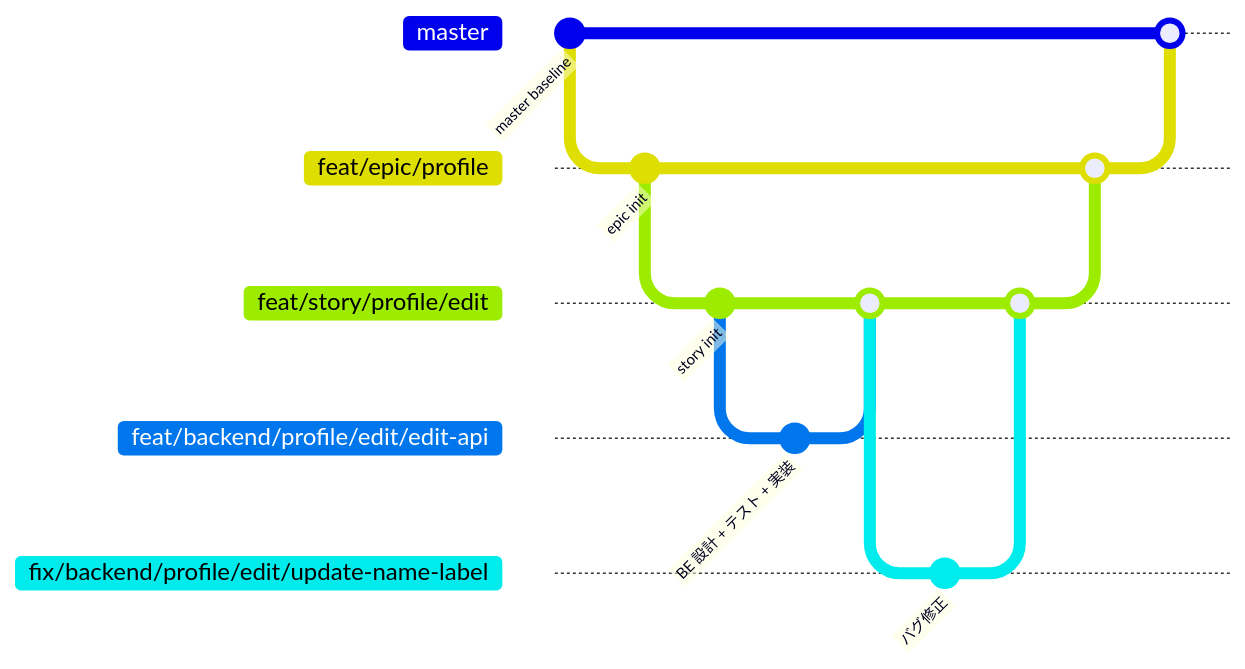
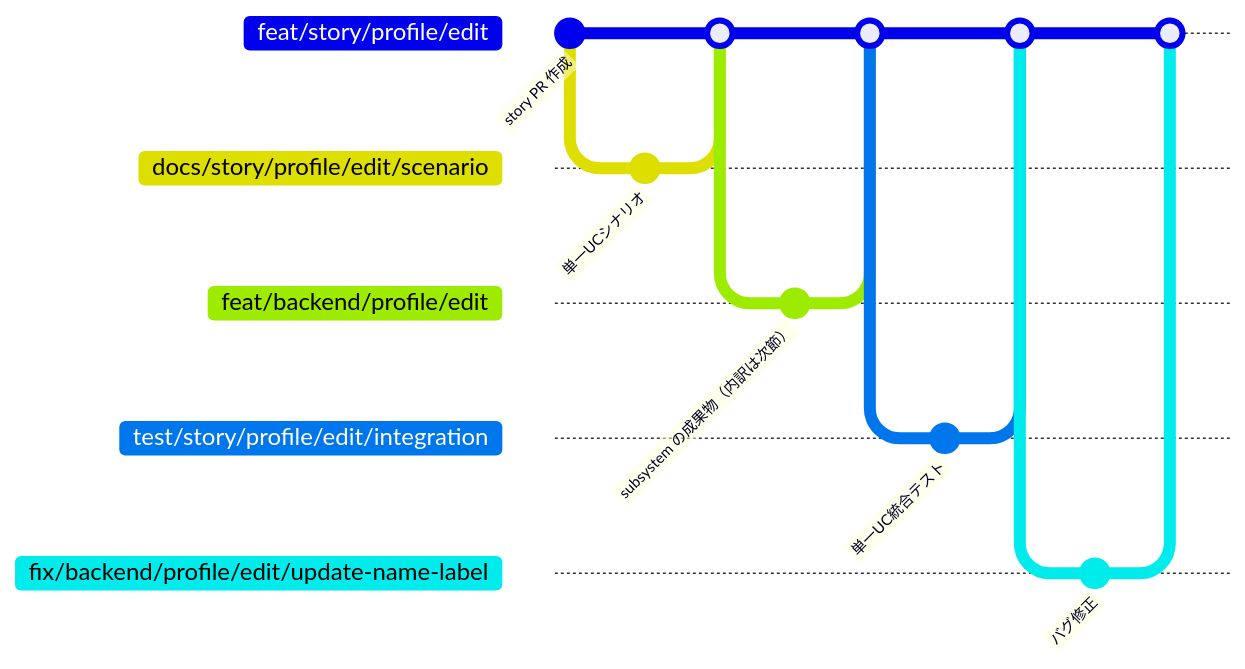
One commit to shuhei1101/ai-monitor changed the third of 5 diagrams in docs/wiki/規約/ブランチ戦略.md. Above: the diagram before and after it, drawn with Mermaid. The commit also changed other lines of this file and 256 other files, not shown here.

````diff
--- a/docs/wiki/規約/ブランチ戦略.md
+++ b/docs/wiki/規約/ブランチ戦略.md
@@ -39,36 +233,33 @@
 ```mermaid
 ---
 config:
   gitGraph:
-    mainBranchName: master
+    mainBranchName: feat/story/profile/edit
 ---
 gitGraph
-    commit id: "master baseline"
-    branch feat/epic/profile
-    checkout feat/epic/profile
-    commit id: "epic init"
+    commit id: "story PR 作成"
 
-    branch feat/story/profile/edit
+    branch docs/story/profile/edit/scenario
+    checkout docs/story/profile/edit/scenario
+    commit id: "単一UCシナリオ"
     checkout feat/story/profile/edit
-    commit id: "story init"
+    merge docs/story/profile/edit/scenario
 
-    branch feat/backend/profile/edit/edit-api
-    checkout feat/backend/profile/edit/edit-api
-    commit id: "BE 設計 + テスト + 実装"
+    branch feat/backend/profile/edit
+    checkout feat/backend/profile/edit
+    commit id: "subsystem の成果物（内訳は次節）"
+    checkout feat/story/profile/edit
+    merge feat/backend/profile/edit
 
+    branch test/story/profile/edit/integration
+    checkout test/story/profile/edit/integration
+    commit id: "単一UC統合テスト"
     checkout feat/story/profile/edit
-    merge feat/backend/profile/edit/edit-api
+    merge test/story/profile/edit/integration
 
     branch fix/backend/profile/edit/update-name-label
     checkout fix/backend/profile/edit/update-name-label
     commit id: "バグ修正"
-
     checkout feat/story/profile/edit
     merge fix/backend/profile/edit/update-name-label
-
-    checkout feat/epic/profile
-    merge feat/story/profile/edit
-
-    checkout master
-    merge feat/epic/profile
 ```
````
